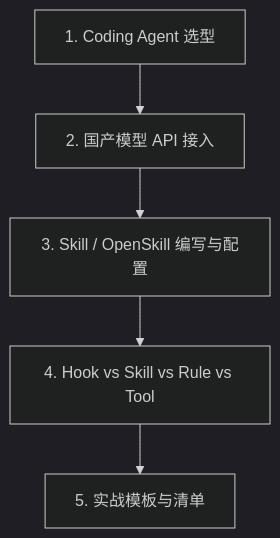
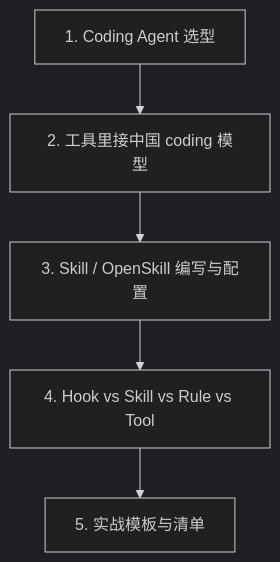
Before and after one commit to Mocha0724/LLM_Agents: the diagram in 13_llm_agent_usage/README.md, drawn with Mermaid (dark theme). The commit also changed other lines of this file and 3 other files, not shown here.

````diff
--- a/13_llm_agent_usage/README.md
+++ b/13_llm_agent_usage/README.md
@@ -14,7 +14,7 @@
 ```mermaid
 flowchart TD
-    A[1. Coding Agent 选型] --> B[2. 国产模型 API 接入]
+    A[1. Coding Agent 选型] --> B[2. 工具里接中国 coding 模型]
     B --> C[3. Skill / OpenSkill 编写与配置]
     C --> D[4. Hook vs Skill vs Rule vs Tool]
     D --> E[5. 实战模板与清单]
 ```
````
